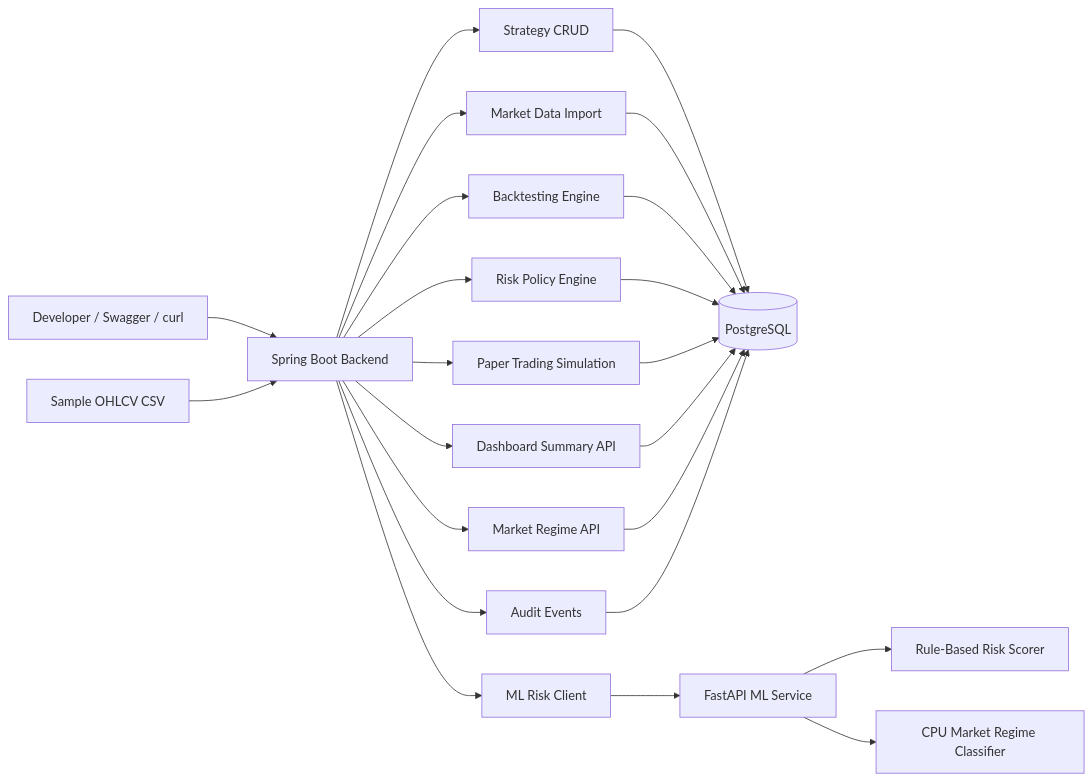
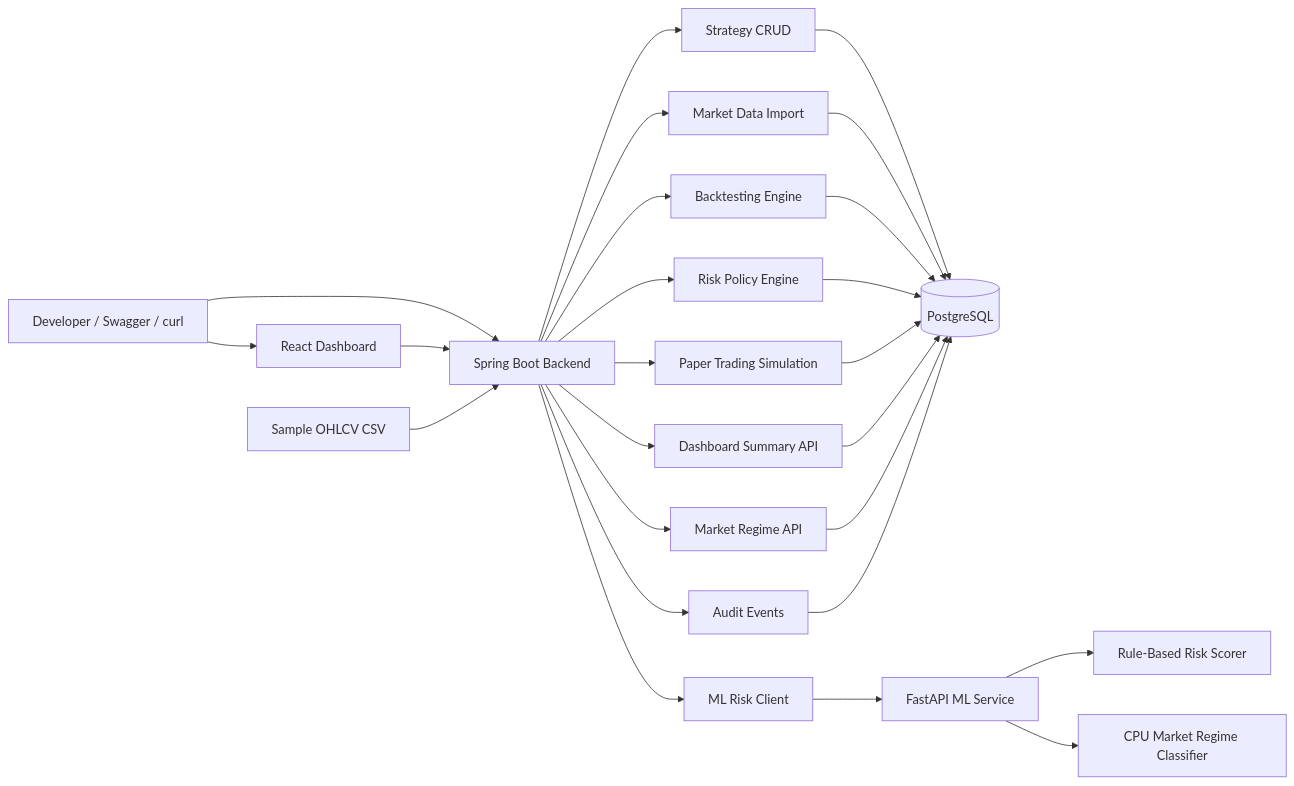
One commit to isthisjason/signal-attention changed the diagram in docs/architecture.md. Above: the diagram before and after it, drawn with Mermaid. The commit also changed other lines of this file and 1 other file, not shown here.

Commit message:
docs: update demo and architecture docs

````diff
--- a/docs/architecture.md
+++ b/docs/architecture.md
@@ -3,28 +3,30 @@
 ```mermaid
 flowchart LR
     user[Developer / Swagger / curl] --> backend[Spring Boot Backend]
+    user --> frontend[React Dashboard]
+    frontend --> backend
     csv[Sample OHLCV CSV] --> backend
 
     backend --> strategies[Strategy CRUD]
     backend --> marketdata[Market Data Import]
     backend --> backtests[Backtesting Engine]
     backend --> risk[Risk Policy Engine]
     backend --> paper[Paper Trading Simulation]
     backend --> dashboard[Dashboard Summary API]
     backend --> regime[Market Regime API]
     backend --> audit[Audit Events]
     backend --> mlclient[ML Risk Client]
 
     strategies --> postgres[(PostgreSQL)]
     marketdata --> postgres
     backtests --> postgres
     risk --> postgres
     paper --> postgres
     dashboard --> postgres
     regime --> postgres
     audit --> postgres
 
     mlclient --> ml[FastAPI ML Service]
     ml --> scorer[Rule-Based Risk Scorer]
     ml --> regimeClassifier[CPU Market Regime Classifier]
 ```
````
